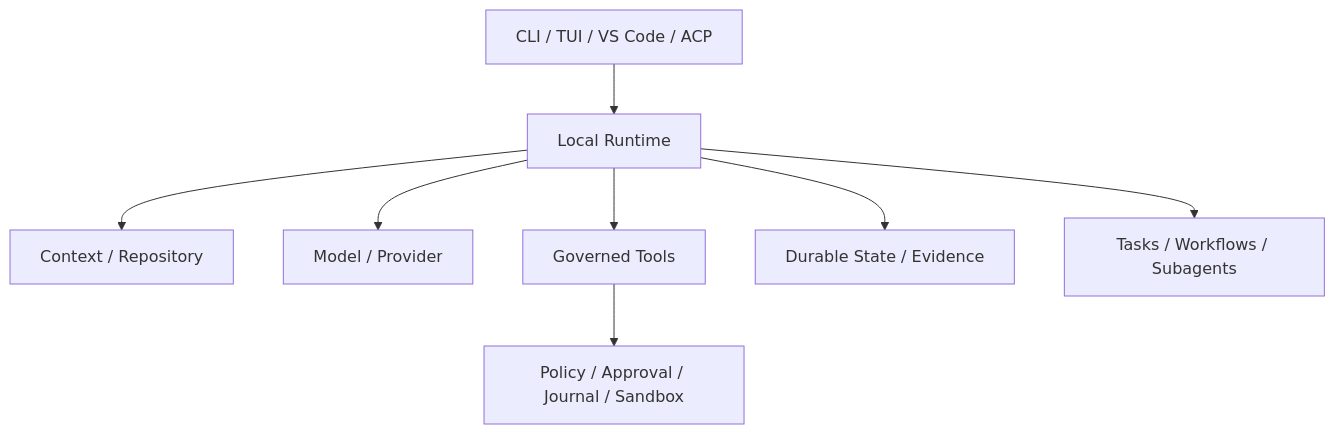
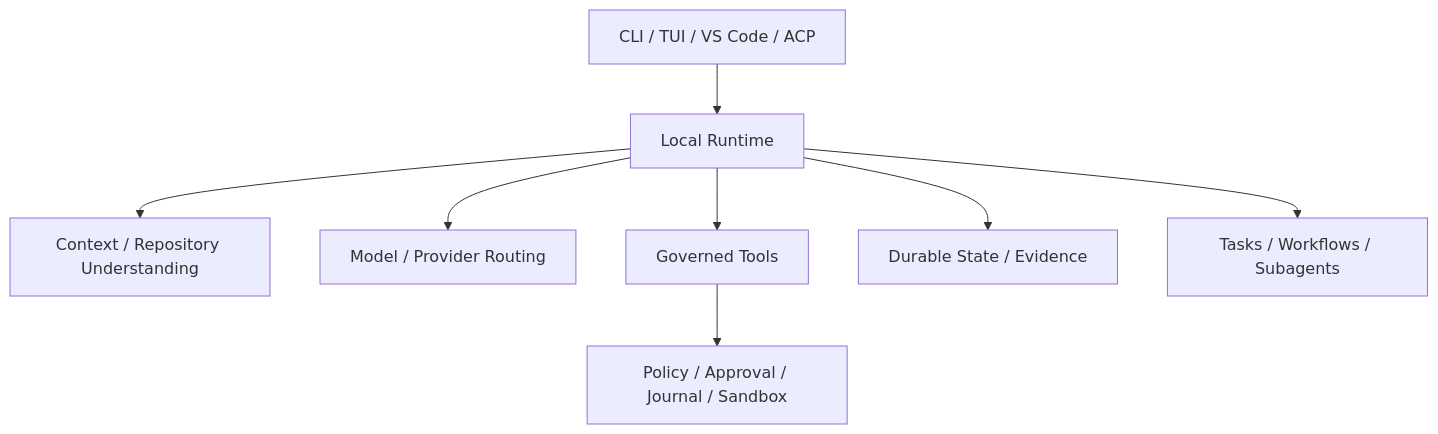
One commit to fwtllh-png/CodeHelper changed the diagram in docs/book/zh-CN/02-codehelper-overview/01-positioning-and-non-goals.md. Above: the diagram before and after it, drawn with Mermaid. The commit also changed other lines of this file and 133 other files, not shown here.

````diff
--- a/docs/book/zh-CN/02-codehelper-overview/01-positioning-and-non-goals.md
+++ b/docs/book/zh-CN/02-codehelper-overview/01-positioning-and-non-goals.md
@@ -98,10 +100,10 @@
 ```mermaid
 flowchart TB
     H[CLI / TUI / VS Code / ACP] --> R[Local Runtime]
-    R --> C[Context / Repository]
-    R --> M[Model / Provider]
+    R --> C[Context / Repository Understanding]
+    R --> M[Model / Provider Routing]
     R --> T[Governed Tools]
     R --> D[Durable State / Evidence]
     R --> O[Tasks / Workflows / Subagents]
     T --> S[Policy / Approval / Journal / Sandbox]
 ```
````
